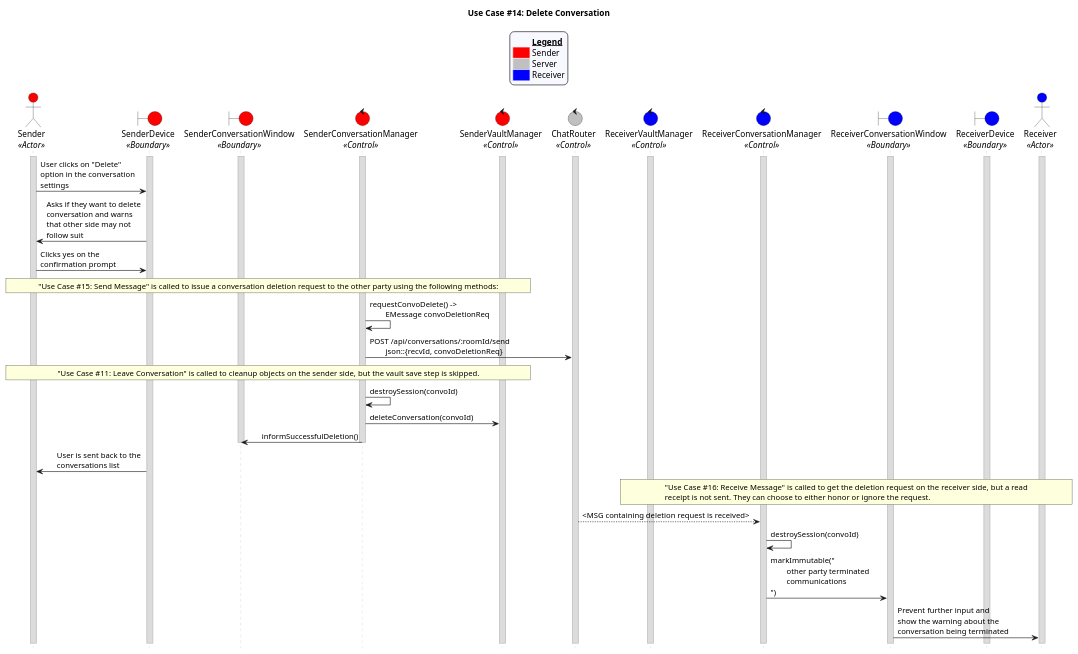
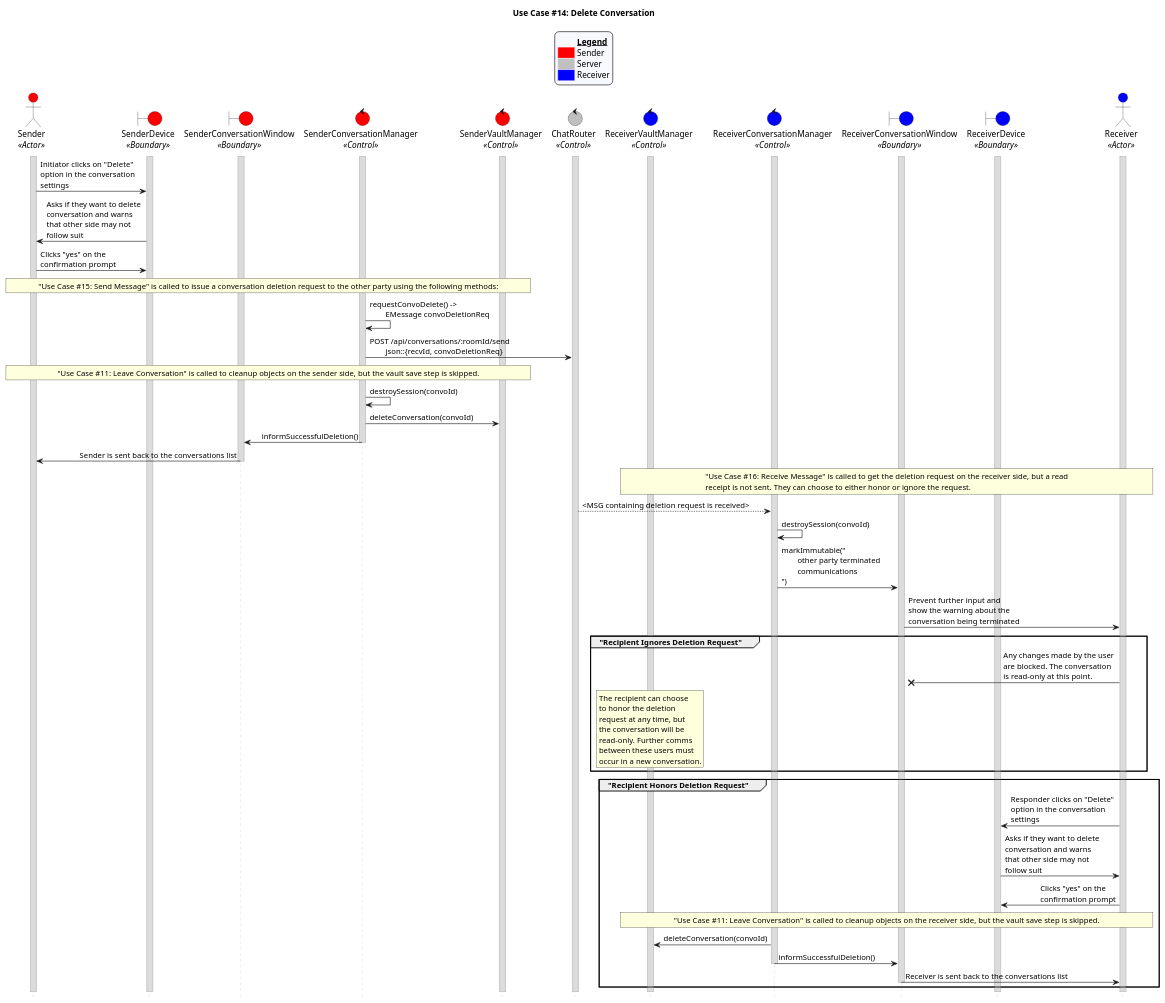
The diagram in uc_14.puml (CECS-491-SP24-Group-1/seq-diagrams), drawn with PlantUML before and after one commit.

Commit message:
Finish uc14

```diff
--- a/uc_14.puml
+++ b/uc_14.puml
@@ -2,115 +2,144 @@
 @startuml uc14
 title "Use Case #14: Delete Conversation"
 
 'Styling goes here
 hide footbox
 skinparam stereotypePosition bottom
 skinparam sequenceMessageAlign direction
 skinparam sequence {
 	LifeLineBorderColor #Silver
 	LifeLineBackgroundColor #Gainsboro
 }
 
 'Add a legend plus styling
 skinparam legend {
 	backgroundColor #GhostWhite
 	entrySeparator #GhostWhite
 }
 
 legend top
 	<#GhostWhite,#GhostWhite>|	|= __Legend__ |
 	|<#red> | Sender|
 	|<#silver> | Server|
 	|<#blue> | Receiver|
 endlegend
 
 'Setup the objects involved here
 actor Sender as s <<Actor>> #red
 boundary SenderDevice as sd <<Boundary>> #red
 boundary SenderConversationWindow as scw <<Boundary>> #red
 control SenderConversationManager as scm <<Control>> #red
 control SenderVaultManager as svm <<Control>> #red
 control ChatRouter as cr <<Control>> #silver
 control ReceiverVaultManager as rvm <<Control>> #blue
 control ReceiverConversationManager as rcm <<Control>> #blue
 boundary ReceiverConversationWindow as rcw <<Boundary>> #blue
 boundary ReceiverDevice as rd <<Boundary>> #blue
 actor Receiver as r <<Actor>> #blue
 
 'Setup persistent objects here
 activate s
 activate sd
 activate scw
 activate scm
 activate svm
 activate cr
 activate rvm
 activate rcm
 activate rcw
 activate rd
 activate r
 
 '--- FLOW OF CONTROL STARTS HERE ---
 'The user clicks on the options button for the chat room and selects “Delete”. This is the initiating party.
-s -> sd: User clicks on "Delete" \noption in the conversation \nsettings
+s -> sd: Initiator clicks on "Delete" \noption in the conversation \nsettings
 
 'The user’s device asks the user if they want to delete the chat. The user will be warned that the chat room on the other side may not be immediately deleted once this is done
 sd -> s: Asks if they want to delete \nconversation and warns \nthat other side may not \nfollow suit
 
 'The user clicks “Yes” on the confirmation prompt asking them to delete the chat.
-s -> sd: Clicks yes on the \nconfirmation prompt
+s -> sd: Clicks "yes" on the \nconfirmation prompt
 
 'The user’s device creates a deletion request for the other user and calls Use Case 15: Send Chat to pass the request to the other party.
 rnote over s, svm
 	"Use Case #15: Send Message" is called to issue a conversation deletion request to the other party using the following methods:
 endrnote
 scm -> scm: requestConvoDelete() -> \n\tEMessage convoDeletionReq
 scm -> cr: POST /api/conversations/:roomId/send \n\tjson::{recvId, convoDeletionReq}
 
 'User is brought back to the chats list and the chat is removed from the list.
 rnote over s, svm
 	"Use Case #11: Leave Conversation" is called to cleanup objects on the sender side, but the vault save step is skipped.
 endrnote
 
 'The initiating user’s device nullifies the double ratchet, session keypair, and the session is marked as closed. The session is then purged from their vault.
 scm -> scm: destroySession(convoId)
 scm -> svm: deleteConversation(convoId)
 scm -> scw: informSuccessfulDeletion()
 deactivate scm
+scw -> s: Sender is sent back to the conversations list
 deactivate scw
-sd -> s: User is sent back to the \nconversations list
 
 '===================== receiver's turn to act
 
 'The responding user receives the chat via Use Case 16: Receive Chat and detects the close request.
 rnote over r, rvm
 	"Use Case #16: Receive Message" is called to get the deletion request on the receiver side, but a read
 	receipt is not sent. They can choose to either honor or ignore the request.
 endrnote
 cr --> rcm: <MSG containing deletion request is received>
 
 'The responding user nullifies the double ratchet, session keypair, and the session is marked as closed.
 rcm -> rcm: destroySession(convoId)
+
+'The responding user’s chat has a message informing them that the initiating user terminated the chat session and sending of messages is disallowed.
 rcm -> rcw: markImmutable("\n\tother party terminated \n\tcommunications\n")
 rcw -> r: Prevent further input and \nshow the warning about the \nconversation being terminated
 
+'Recipient can choose to honor the request or ignore it
+'Case 1: The request is ignored
+group "Recipient Ignores Deletion Request"
+	r ->X rcw: Any changes made by the user \nare blocked. The conversation \nis read-only at this point.
+	rnote over rvm
+		The recipient can choose
+		to honor the deletion
+		request at any time, but
+		the conversation will be 
+		read-only. Further comms 
+		between these users must
+		occur in a new conversation.
+	endrnote
+end
 
+'Case 2: The request is honored
+group "Recipient Honors Deletion Request"
+	'The user clicks on the options button for the chat room and selects “Delete”. This is the responding party.
+	r -> rd: Responder clicks on "Delete" \noption in the conversation \nsettings
 
+	'The user’s device asks the user if they want to delete the chat. The user will be warned that the chat room on the other side may not be immediately deleted once this is done
+	rd -> r: Asks if they want to delete \nconversation and warns \nthat other side may not \nfollow suit
 
+	'The user clicks “Yes” on the confirmation prompt asking them to delete the chat.
+	r -> rd: Clicks "yes" on the \nconfirmation prompt
 
+	'User is brought back to the chats list and the chat is removed from the list.
+	rnote over r, rvm
+		"Use Case #11: Leave Conversation" is called to cleanup objects on the receiver side, but the vault save step is skipped.
+	endrnote
 
-'The responding user’s chat has a message informing them that the initiating user terminated the chat session and sending of messages is disallowed.
-
-
-
-
-
+	'The responding user’s device nullifies the double ratchet, session keypair, and the session is marked as closed. The session is then purged from their vault.
+	rcm -> rvm: deleteConversation(convoId)
+	rcm -> rcw: informSuccessfulDeletion()
+	deactivate rcm
+	rcw -> r: Receiver is sent back to the conversations list
+	deactivate rcw
+end
 
 
 
 
 
 
 '--- FLOW OF CONTROL ENDS HERE   ---
 
 @enduml
```
